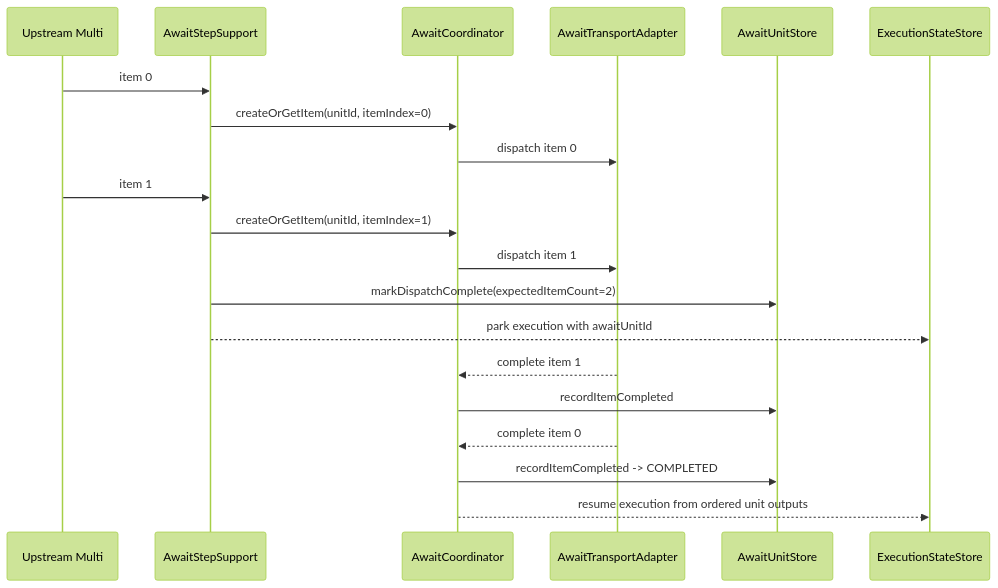
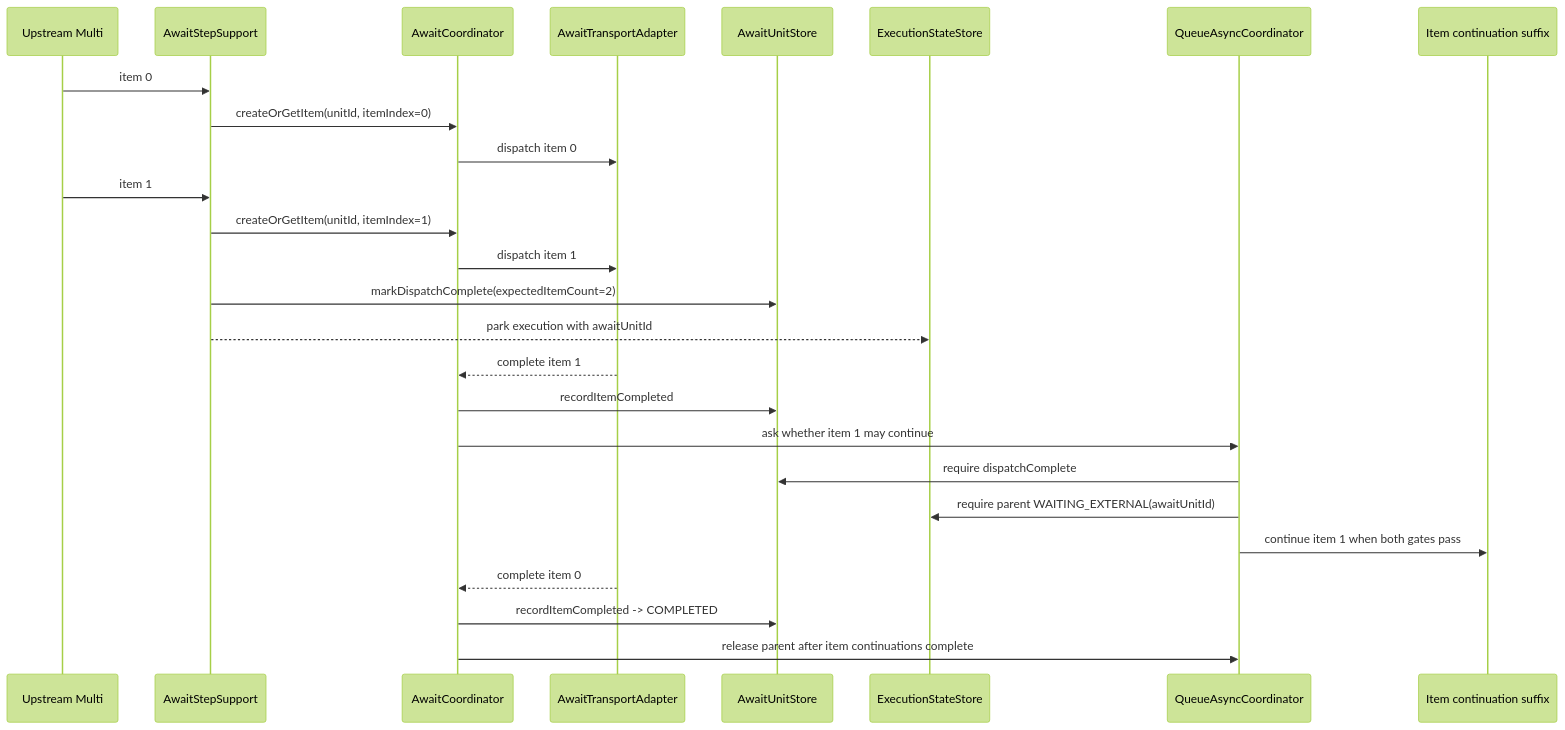
Before and after one commit to The-Pipeline-Framework/pipelineframework: the second of 6 diagrams in docs/evolve/await-unit-runtime/sequences.md, drawn with Mermaid (forest theme). The commit also changed other lines of this file and 14 other files, not shown here.

Commit message:
Clarify queue-async await and object I/O docs

````diff
--- a/docs/evolve/await-unit-runtime/sequences.md
+++ b/docs/evolve/await-unit-runtime/sequences.md
@@ -35,23 +35,29 @@
 ```mermaid
 sequenceDiagram
     participant Source as Upstream Multi
     participant Step as AwaitStepSupport
     participant Coord as AwaitCoordinator
     participant Adapter as AwaitTransportAdapter
     participant UnitStore as AwaitUnitStore
     participant ExecStore as ExecutionStateStore
+    participant Queue as QueueAsyncCoordinator
+    participant Suffix as Item continuation suffix
 
     Source->>Step: item 0
     Step->>Coord: createOrGetItem(unitId, itemIndex=0)
     Coord->>Adapter: dispatch item 0
     Source->>Step: item 1
     Step->>Coord: createOrGetItem(unitId, itemIndex=1)
     Coord->>Adapter: dispatch item 1
     Step->>UnitStore: markDispatchComplete(expectedItemCount=2)
     Step-->>ExecStore: park execution with awaitUnitId
     Adapter-->>Coord: complete item 1
     Coord->>UnitStore: recordItemCompleted
+    Coord->>Queue: ask whether item 1 may continue
+    Queue->>UnitStore: require dispatchComplete
+    Queue->>ExecStore: require parent WAITING_EXTERNAL(awaitUnitId)
+    Queue->>Suffix: continue item 1 when both gates pass
     Adapter-->>Coord: complete item 0
     Coord->>UnitStore: recordItemCompleted -> COMPLETED
-    Coord-->>ExecStore: resume execution from ordered unit outputs
+    Coord->>Queue: release parent after item continuations complete
 ```
````
